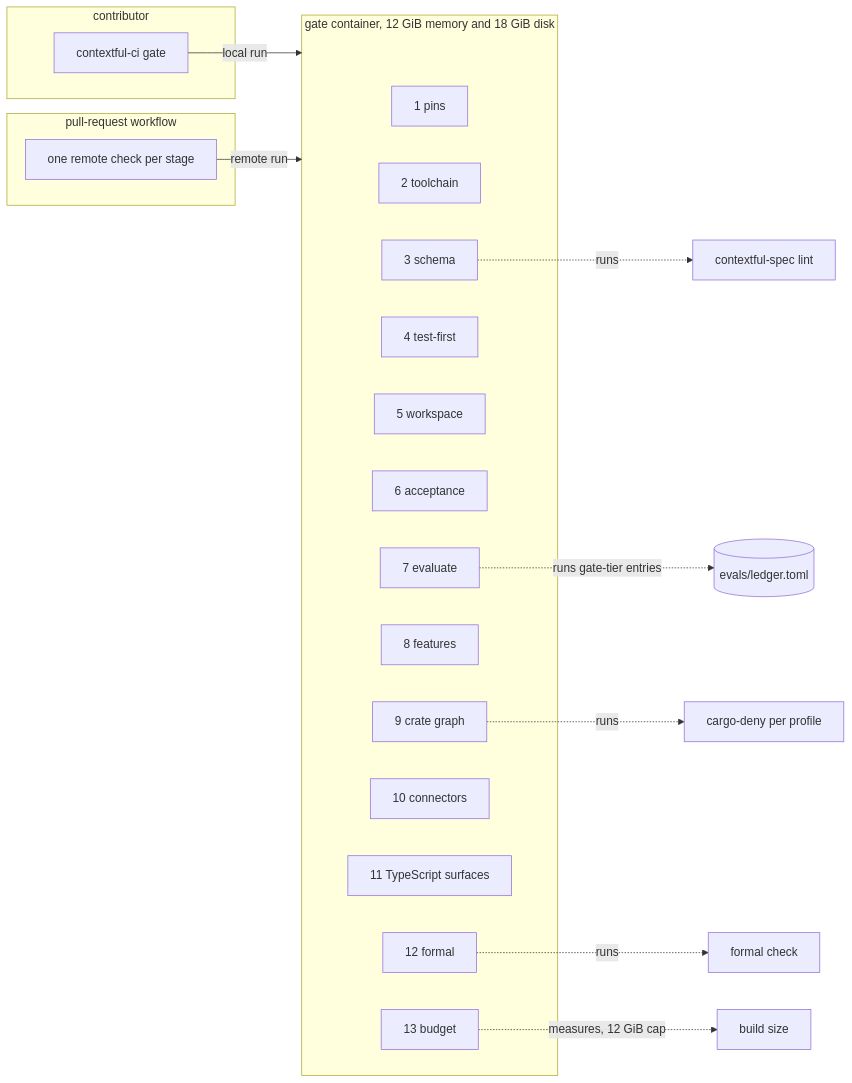
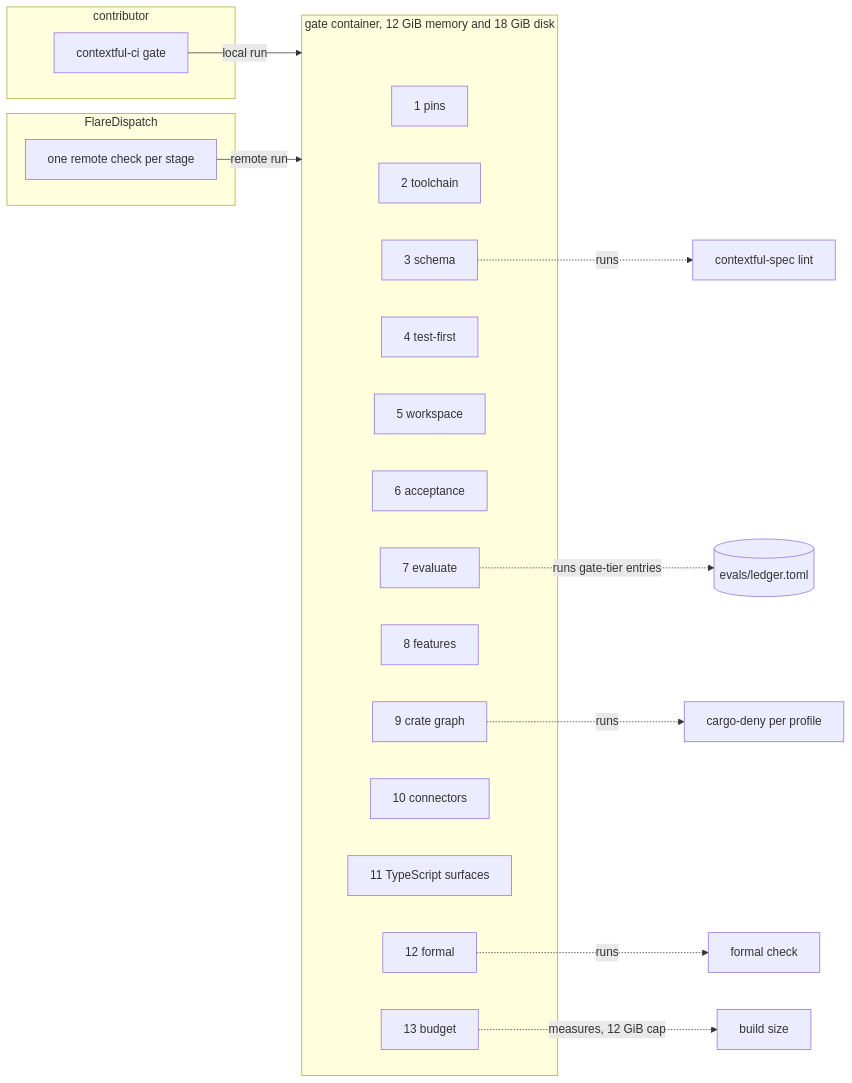
Before and after one commit to fractalboxdev/contextful: the third of 4 diagrams in spec/81-engineering.md, drawn with Mermaid. The commit also changed other lines of this file and 7 other files, not shown here.

First line of the commit message:
assurance: prepare FlareDispatch webhook and schedule cutover

````diff
--- a/spec/81-engineering.md
+++ b/spec/81-engineering.md
@@ -212,31 +212,31 @@
 ```mermaid
 flowchart LR
   subgraph contributor["contributor"]
     LOCAL["contextful-ci gate"]
   end
-  subgraph forge["pull-request workflow"]
+  subgraph forge["FlareDispatch"]
     WF["one remote check per stage"]
   end
   LOCAL -->|"local run"| C
   WF -->|"remote run"| C
   subgraph C["gate container, 12 GiB memory and 18 GiB disk"]
     S1["1 pins"]
     S2["2 toolchain"]
     S3["3 schema"]
     S4["4 test-first"]
     S5["5 workspace"]
     S6["6 acceptance"]
     S7["7 evaluate"]
     S8["8 features"]
     S9["9 crate graph"]
     S10["10 connectors"]
     S11["11 TypeScript surfaces"]
     S12["12 formal"]
     S13["13 budget"]
   end
   S3 -.->|"runs"| LINT["contextful-spec lint"]
   S7 -.->|"runs gate-tier entries"| LEDGER[("evals/ledger.toml")]
   S9 -.->|"runs"| DENY["cargo-deny per profile"]
   S12 -.->|"runs"| FORM["formal check"]
   S13 -.->|"measures, 12 GiB cap"| SIZE["build size"]
 ```
````
